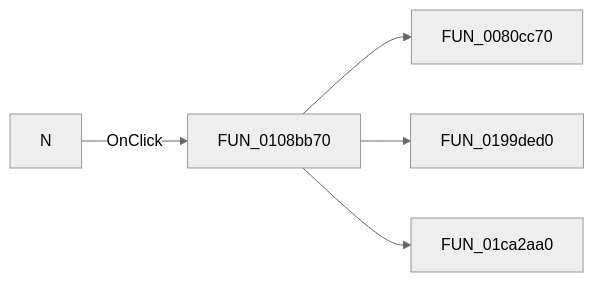
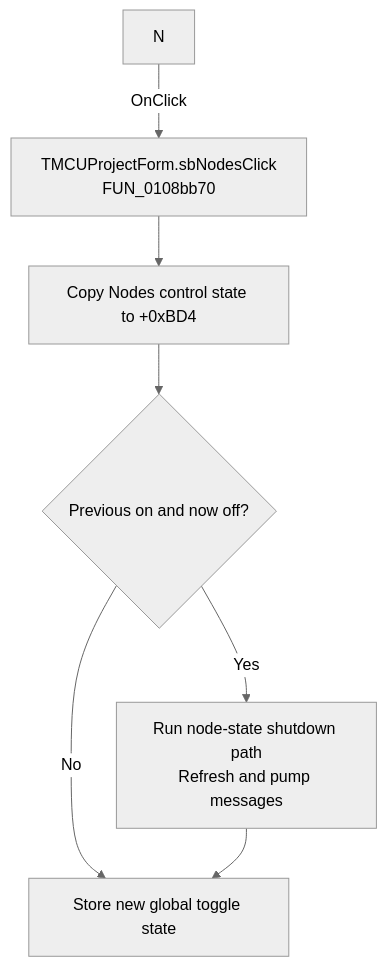
Before and after one commit to MovGP0/TIARA: the diagram in docs/ui-controls/mcuprojectform/sbnodes-54b38359fd.md, drawn with Mermaid (neutral theme). The commit also changed other lines of this file and 1062 other files, not shown here.

````diff
--- a/docs/ui-controls/mcuprojectform/sbnodes-54b38359fd.md
+++ b/docs/ui-controls/mcuprojectform/sbnodes-54b38359fd.md
@@ -27,7 +27,9 @@
 ```mermaid
-flowchart LR
-    control["N"] -->|OnClick| handler["FUN_0108bb70"]
-    handler --> call1["FUN_0080cc70"]
-    handler --> call2["FUN_0199ded0"]
-    handler --> call3["FUN_01ca2aa0"]
+flowchart TD
+    control["N"] -->|OnClick| handler["TMCUProjectForm.sbNodesClick<br/>FUN_0108bb70"]
+    handler --> state["Copy Nodes control state to +0xBD4"]
+    state --> transition{"Previous on and now off?"}
+    transition -->|Yes| shutdown["Run node-state shutdown path<br/>Refresh and pump messages"]
+    transition -->|No| store["Store new global toggle state"]
+    shutdown --> store
 ```
````
